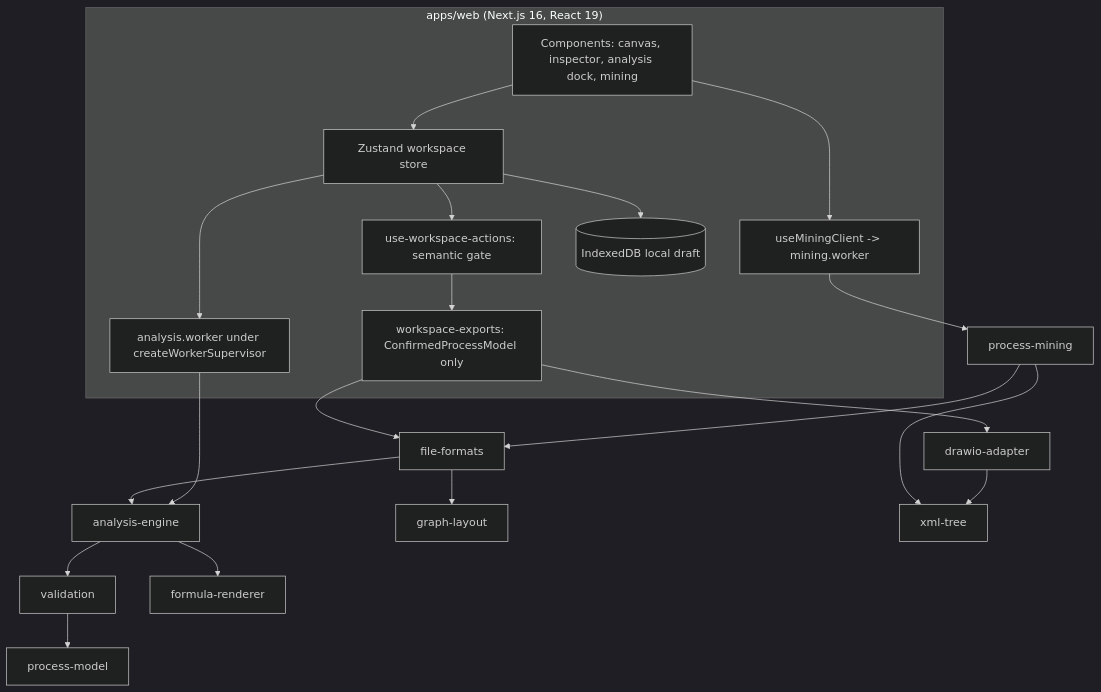
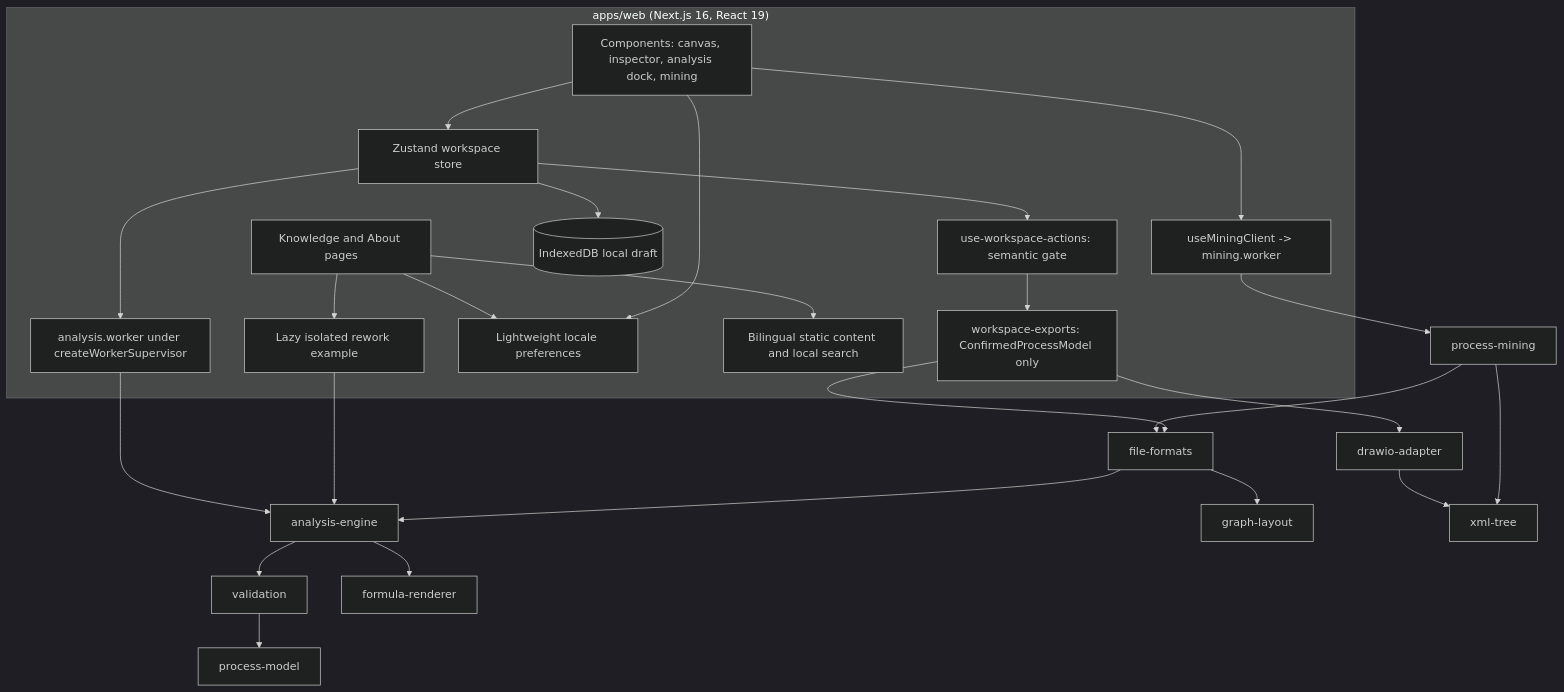
The second of 5 diagrams in README.md (thang-uit/Flowculus), drawn with Mermaid (dark theme) before and after one commit. The commit also changed other lines of this file and 259 other files, not shown here.

First line of the commit message:
feat: expand Flowculus workspace and harden production workflows

````diff
--- a/README.md
+++ b/README.md
@@ -89,23 +158,28 @@
 ```mermaid
 graph TD
   subgraph web["apps/web (Next.js 16, React 19)"]
     UI[Components: canvas, inspector, analysis dock, mining] --> Store[Zustand workspace store]
     Store --> Actions[use-workspace-actions: semantic gate]
     Actions --> Exports[workspace-exports: ConfirmedProcessModel only]
     Store --> AW[analysis.worker under createWorkerSupervisor]
     UI --> MC[useMiningClient -> mining.worker]
     Store --> Draft[(IndexedDB local draft)]
+    Reading[Knowledge and About pages] --> Preferences[Lightweight locale preferences]
+    UI --> Preferences
+    Reading --> Lessons[Bilingual static content and local search]
+    Reading --> Example[Lazy isolated rework example]
   end
   AW --> AE[analysis-engine]
+  Example --> AE
   AE --> VAL[validation]
   AE --> FR[formula-renderer]
   VAL --> PMOD[process-model]
   MC --> PMIN[process-mining]
   PMIN --> FF[file-formats]
   Exports --> FF
   Exports --> DA[drawio-adapter]
   FF --> AE
   FF --> GL[graph-layout]
   DA --> XT[xml-tree]
   PMIN --> XT
 ```
````
